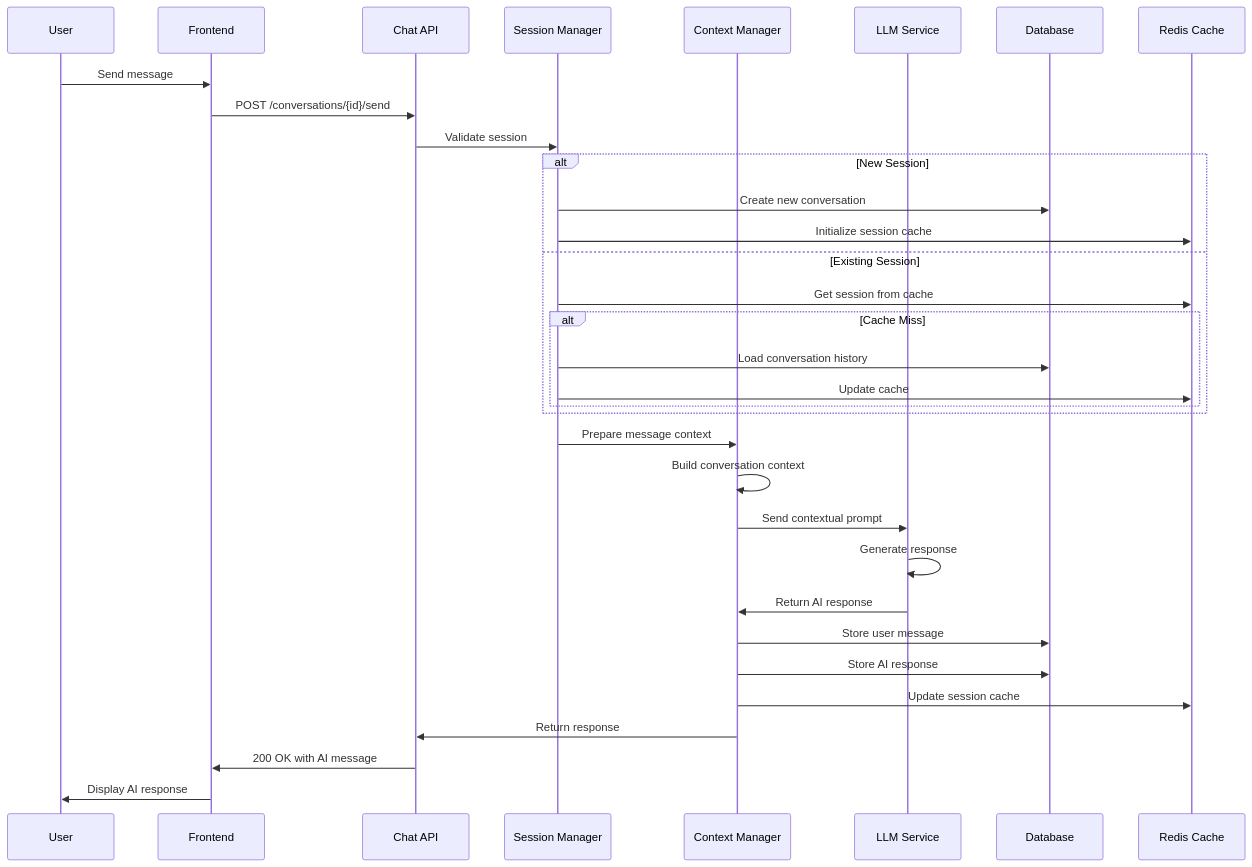
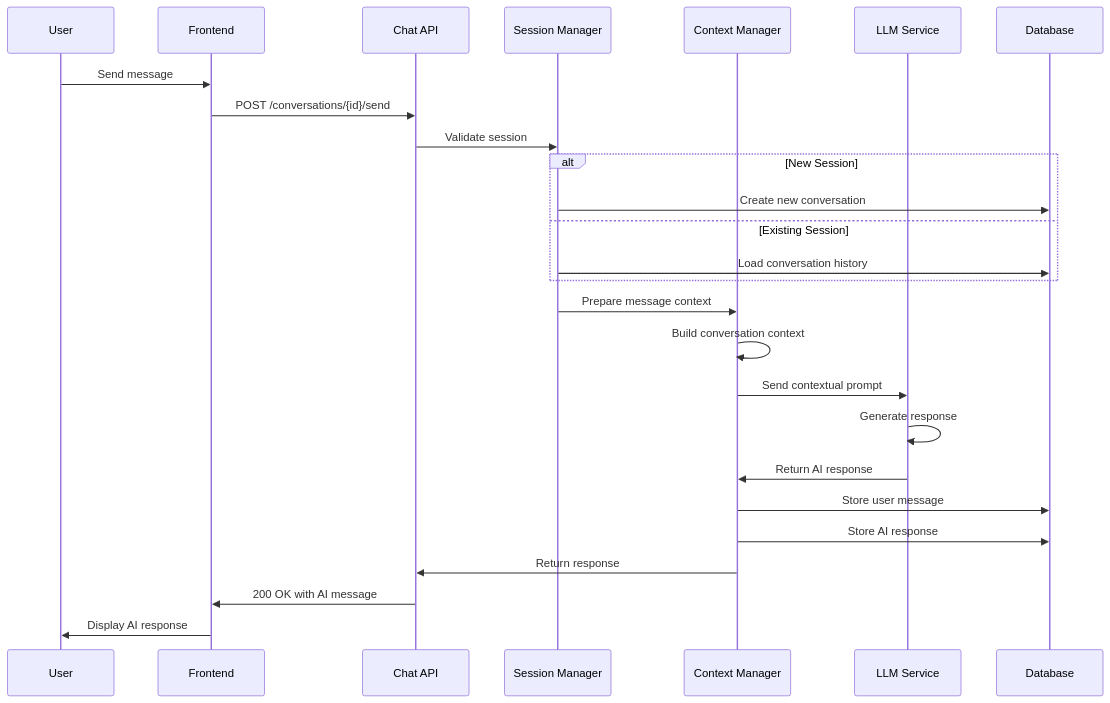
One commit to KHTNK22-DATN-BA-Copilot/ba_copilot_ai changed the second of 6 diagrams in docs/ai_conversation_flow.md. Above: the diagram before and after it, drawn with Mermaid. The commit also changed other lines of this file and 7 other files, not shown here.

Commit message:
add workflow diagrams; update docs

````diff
--- a/docs/ai_conversation_flow.md
+++ b/docs/ai_conversation_flow.md
@@ -46,41 +46,34 @@
 ```mermaid
 sequenceDiagram
     participant U as User
     participant FE as Frontend
     participant API as Chat API
     participant SM as Session Manager
     participant CM as Context Manager
     participant LLM as LLM Service
     participant DB as Database
-    participant CACHE as Redis Cache
 
     U->>FE: Send message
     FE->>API: POST /conversations/{id}/send
     API->>SM: Validate session
 
     alt New Session
         SM->>DB: Create new conversation
-        SM->>CACHE: Initialize session cache
     else Existing Session
-        SM->>CACHE: Get session from cache
-        alt Cache Miss
-            SM->>DB: Load conversation history
-            SM->>CACHE: Update cache
-        end
+        SM->>DB: Load conversation history
     end
 
     SM->>CM: Prepare message context
     CM->>CM: Build conversation context
     CM->>LLM: Send contextual prompt
 
     LLM->>LLM: Generate response
     LLM->>CM: Return AI response
 
     CM->>DB: Store user message
     CM->>DB: Store AI response
-    CM->>CACHE: Update session cache
 
     CM->>API: Return response
     API->>FE: 200 OK with AI message
     FE->>U: Display AI response
 ```
````
